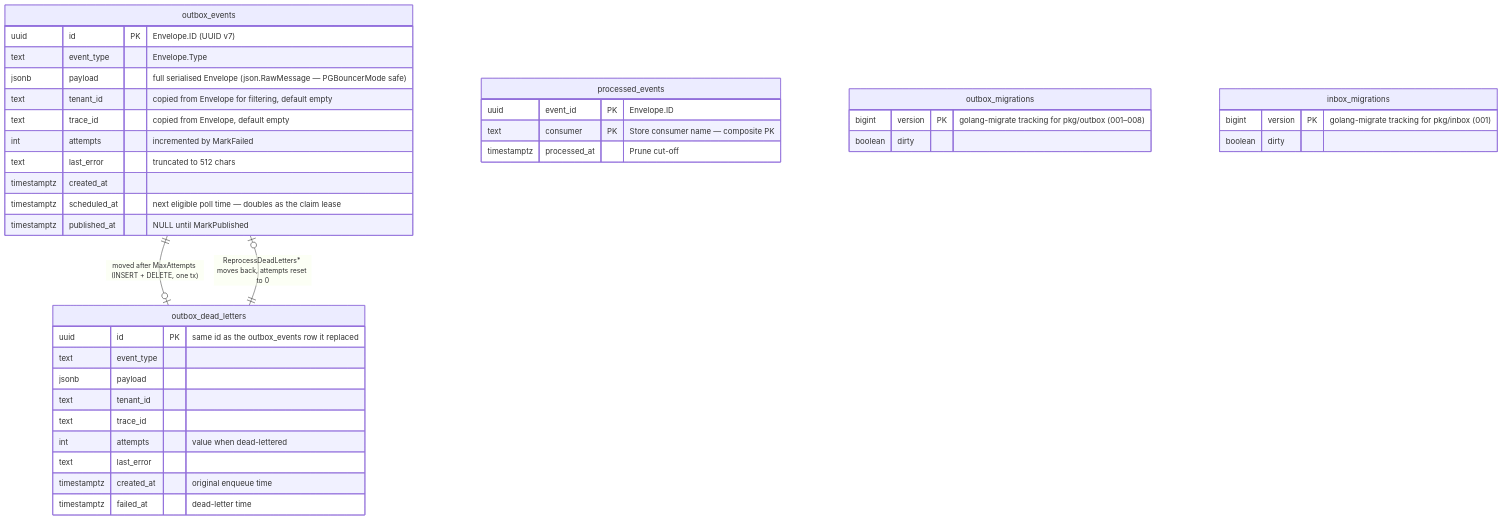
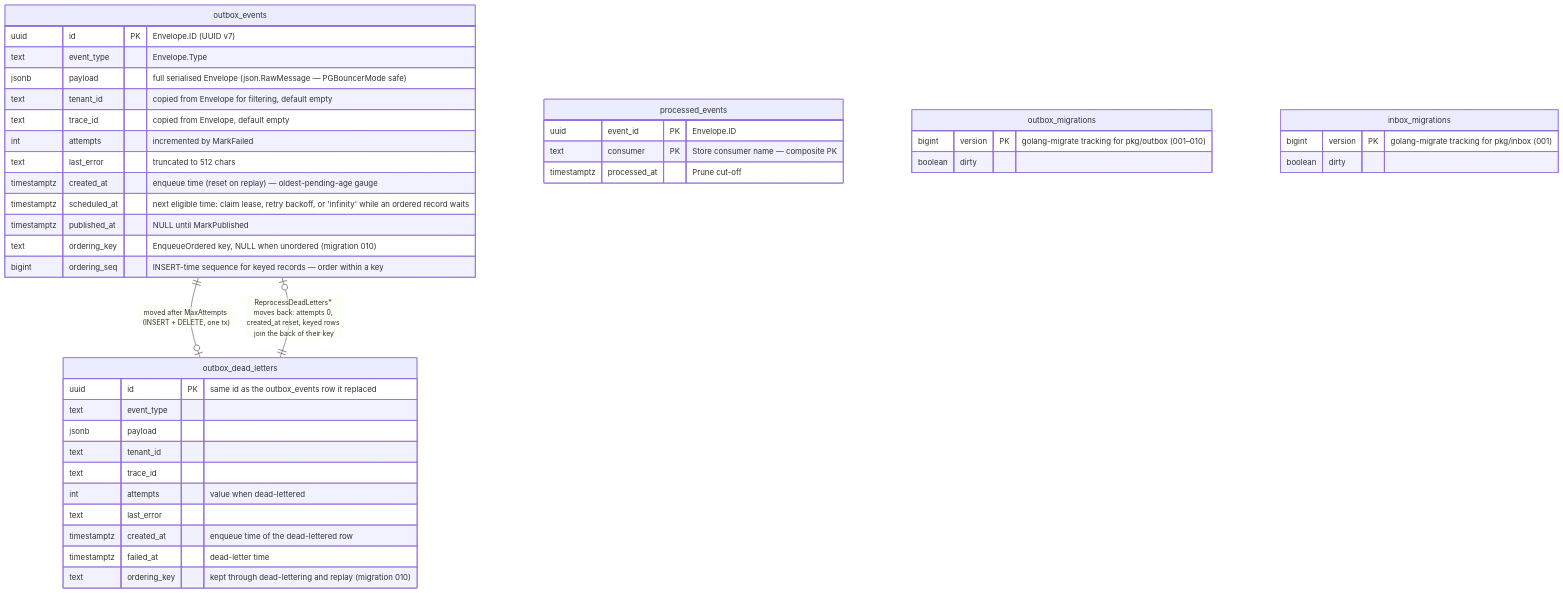
Before and after one commit to BCBP-SOLUTIONS-FZC-LLC/platform-events: the diagram in docs/architecture/mermaid/data-model.mmd, drawn with Mermaid. The commit also changed 153 other files, not shown here.

```diff
--- a/docs/architecture/mermaid/data-model.mmd
+++ b/docs/architecture/mermaid/data-model.mmd
@@ -1,39 +1,42 @@
 erDiagram
     outbox_events {
         uuid id PK "Envelope.ID (UUID v7)"
         text event_type "Envelope.Type"
         jsonb payload "full serialised Envelope (json.RawMessage — PGBouncerMode safe)"
         text tenant_id "copied from Envelope for filtering, default empty"
         text trace_id "copied from Envelope, default empty"
         int attempts "incremented by MarkFailed"
         text last_error "truncated to 512 chars"
-        timestamptz created_at
-        timestamptz scheduled_at "next eligible poll time — doubles as the claim lease"
+        timestamptz created_at "enqueue time (reset on replay) — oldest-pending-age gauge"
+        timestamptz scheduled_at "next eligible time: claim lease, retry backoff, or 'infinity' while an ordered record waits"
         timestamptz published_at "NULL until MarkPublished"
+        text ordering_key "EnqueueOrdered key, NULL when unordered (migration 010)"
+        bigint ordering_seq "INSERT-time sequence for keyed records — order within a key"
     }
     outbox_dead_letters {
         uuid id PK "same id as the outbox_events row it replaced"
         text event_type
         jsonb payload
         text tenant_id
         text trace_id
         int attempts "value when dead-lettered"
         text last_error
-        timestamptz created_at "original enqueue time"
+        timestamptz created_at "enqueue time of the dead-lettered row"
         timestamptz failed_at "dead-letter time"
+        text ordering_key "kept through dead-lettering and replay (migration 010)"
     }
     processed_events {
         uuid event_id PK "Envelope.ID"
         text consumer PK "Store consumer name — composite PK"
         timestamptz processed_at "Prune cut-off"
     }
     outbox_migrations {
-        bigint version PK "golang-migrate tracking for pkg/outbox (001–008)"
+        bigint version PK "golang-migrate tracking for pkg/outbox (001–010)"
         boolean dirty
     }
     inbox_migrations {
         bigint version PK "golang-migrate tracking for pkg/inbox (001)"
         boolean dirty
     }
     outbox_events ||--o| outbox_dead_letters : "moved after MaxAttempts (INSERT + DELETE, one tx)"
-    outbox_dead_letters ||--o| outbox_events : "ReprocessDeadLetters* moves back, attempts reset to 0"
+    outbox_dead_letters ||--o| outbox_events : "ReprocessDeadLetters* moves back: attempts 0, created_at reset, keyed rows join the back of their key"
```
